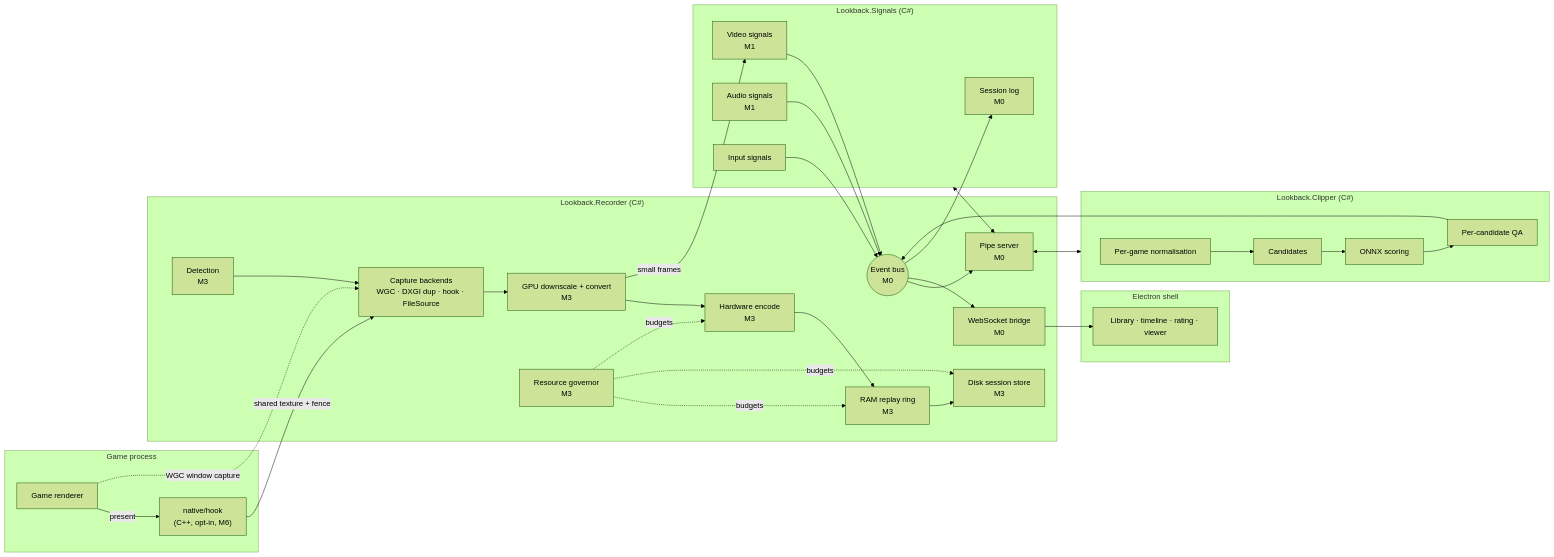
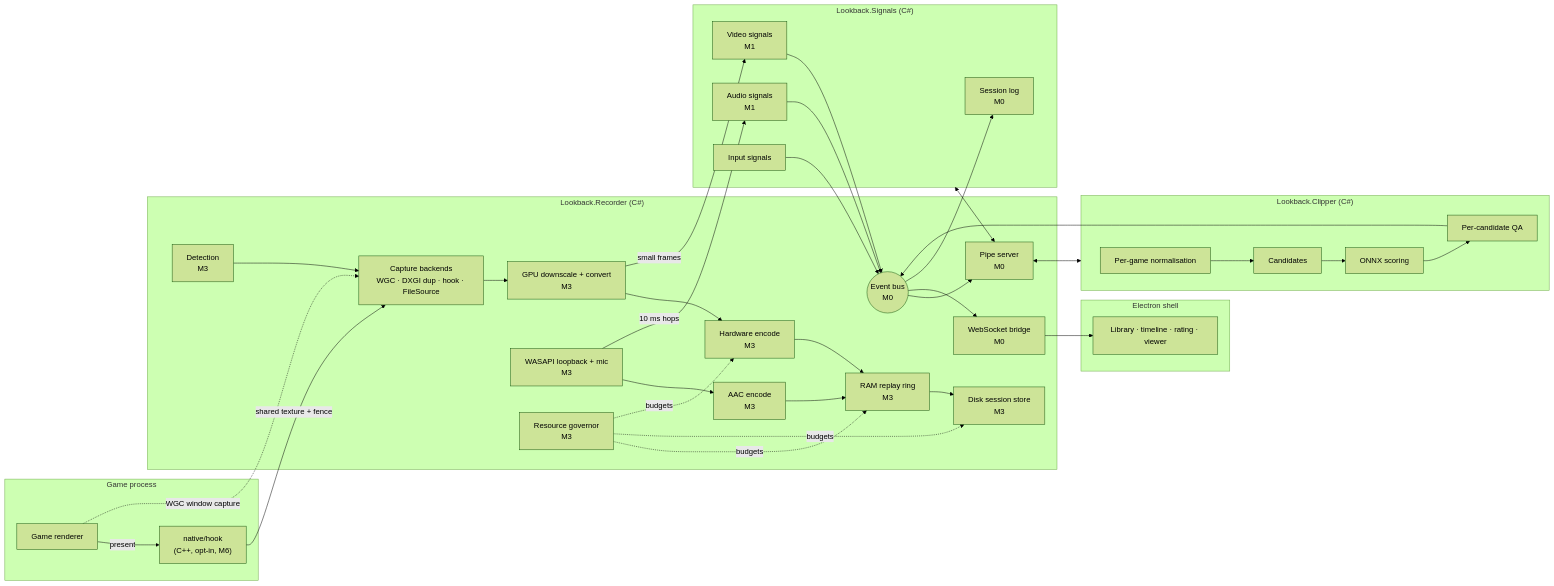
The first of 5 diagrams in docs/wiki/Architecture.md (Joshmh7128/Lookback), drawn with Mermaid (forest theme) before and after one commit. The commit also changed other lines of this file and 26 other files, not shown here.

````diff
--- a/docs/wiki/Architecture.md
+++ b/docs/wiki/Architecture.md
@@ -14,49 +14,53 @@
 ```mermaid
 flowchart LR
     subgraph Game["Game process"]
         G[Game renderer]
         H["native/hook<br/>(C++, opt-in, M6)"]
     end
 
     subgraph Recorder["Lookback.Recorder (C#)"]
         DET[Detection<br/>M3]
         CAP[Capture backends<br/>WGC · DXGI dup · hook · FileSource]
         GPU[GPU downscale + convert<br/>M3]
         ENC[Hardware encode<br/>M3]
+        AUD[WASAPI loopback + mic<br/>M3]
+        AAC[AAC encode<br/>M3]
         RING[RAM replay ring<br/>M3]
         DISK[Disk session store<br/>M3]
         GOV[Resource governor<br/>M3]
         BUS(("Event bus<br/>M0"))
         PIPES[Pipe server<br/>M0]
         WS[WebSocket bridge<br/>M0]
     end
 
     subgraph Signals["Lookback.Signals (C#)"]
         VS[Video signals<br/>M1]
         AS[Audio signals<br/>M1]
         IS[Input signals]
         LOG[Session log<br/>M0]
     end
 
     subgraph Clipper["Lookback.Clipper (C#)"]
         NORM[Per-game normalisation]
         CAND[Candidates]
         SCORE[ONNX scoring]
         QA[Per-candidate QA]
     end
 
     subgraph Shell["Electron shell"]
         UI[Library · timeline · rating · viewer]
     end
 
     G -- present --> H -- shared texture + fence --> CAP
     G -. WGC window capture .-> CAP
     DET --> CAP --> GPU --> ENC --> RING --> DISK
+    AUD --> AAC --> RING
+    AUD -- 10 ms hops --> AS
     GOV -. budgets .-> RING & DISK & ENC
     GPU -- small frames --> VS
     VS & AS & IS --> BUS
     BUS --> PIPES & WS & LOG
     PIPES <--> Signals & Clipper
     WS --> UI
     NORM --> CAND --> SCORE --> QA --> BUS
 ```
````
